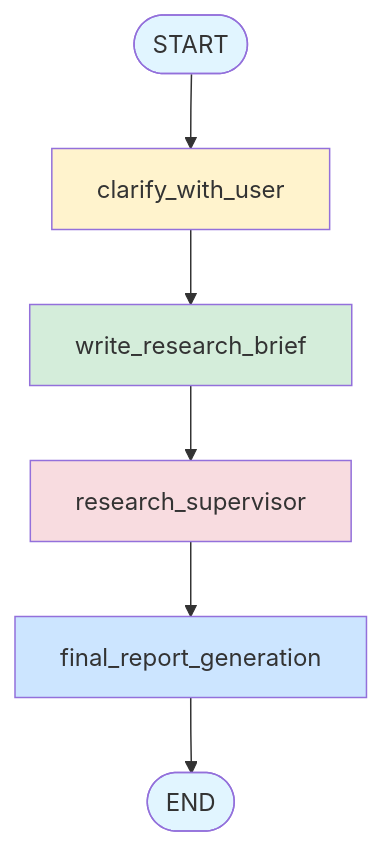
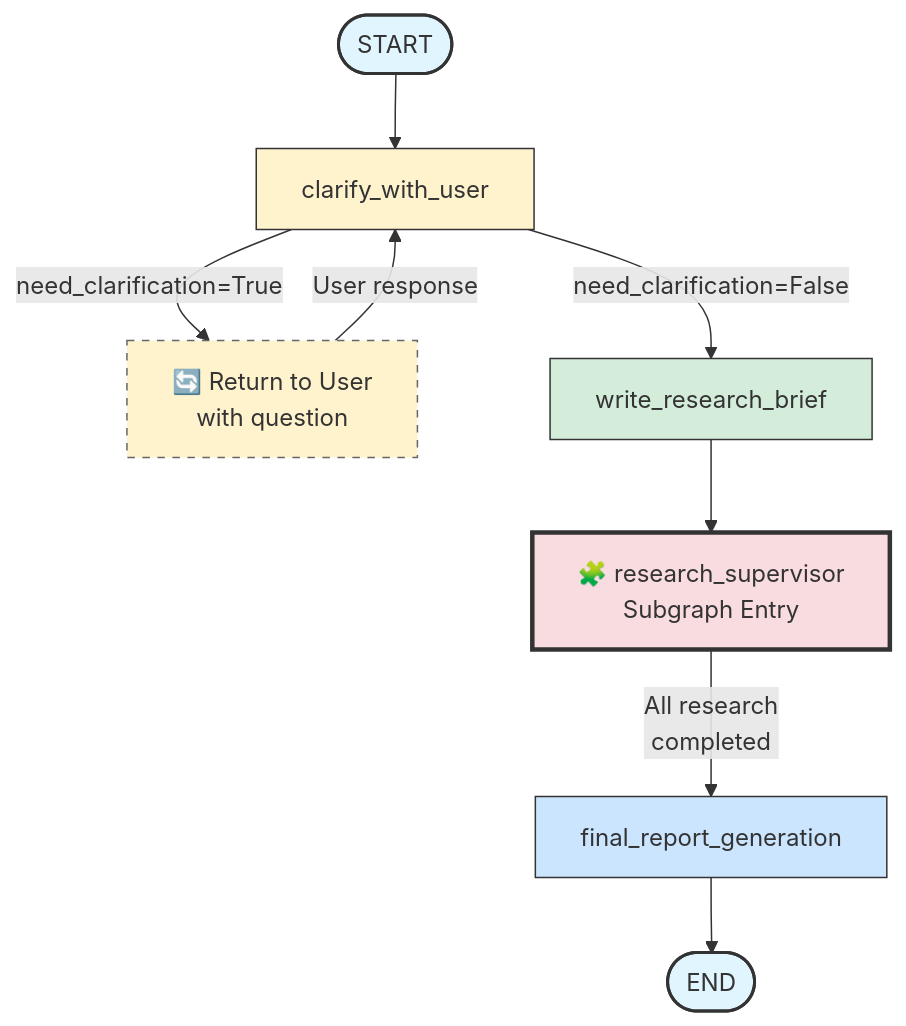
Before and after one commit to 123yongming/Panda_Dive: the first of 3 diagrams in README.md, drawn with Mermaid. The commit also changed other lines of this file, not shown here.

First line of the commit message:
docs: refactor architecture diagrams in README.md

````diff
--- a/README.md
+++ b/README.md
@@ -77,15 +81,21 @@
 ```mermaid
 graph TD
     START([START]) --> CLARIFY[clarify_with_user]
-    CLARIFY --> BRIEF[write_research_brief]
-    BRIEF --> SUPERVISOR[research_supervisor]
-    SUPERVISOR --> REPORT[final_report_generation]
+    
+    CLARIFY --"need_clarification=True"--> USER["🔄 Return to User<br/>with question"]
+    USER -->|User response| CLARIFY
+    
+    CLARIFY --"need_clarification=False"--> BRIEF[write_research_brief]
+    BRIEF --> SUPERVISOR["🧩 research_supervisor<br/>Subgraph Entry"]
+    
+    SUPERVISOR -->|All research<br/>completed| REPORT[final_report_generation]
     REPORT --> END([END])
-
-    style START fill:#e1f5ff
-    style END fill:#e1f5ff
-    style CLARIFY fill:#fff3cd
-    style BRIEF fill:#d4edda
-    style SUPERVISOR fill:#f8dce0
-    style REPORT fill:#cce5ff
+    
+    style START fill:#e1f5ff,stroke:#333,stroke-width:2px
+    style END fill:#e1f5ff,stroke:#333,stroke-width:2px
+    style CLARIFY fill:#fff3cd,stroke:#333
+    style BRIEF fill:#d4edda,stroke:#333
+    style SUPERVISOR fill:#f8dce0,stroke:#333,stroke-width:3px
+    style REPORT fill:#cce5ff,stroke:#333
+    style USER fill:#fff3cd,stroke:#666,stroke-dasharray: 5 5
 ```
````
